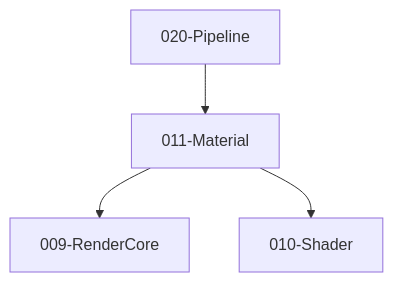
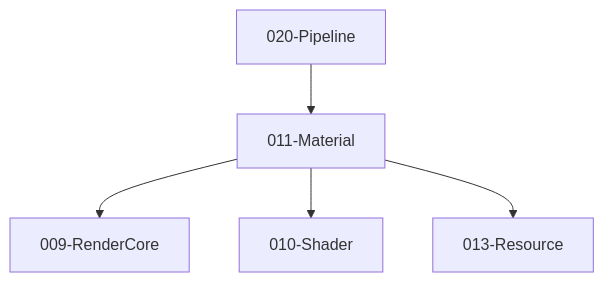
The second of 2 diagrams in docs/module-specs/011-material.md (liangz0707/TenEngine), drawn with Mermaid before and after one commit. The commit also changed other lines of this file and 59 other files, not shown here.

````diff
--- a/docs/module-specs/011-material.md
+++ b/docs/module-specs/011-material.md
@@ -67,10 +67,12 @@
 ```mermaid
 flowchart TB
   RC[009-RenderCore]
   Shader[010-Shader]
+  Res[013-Resource]
   Mt[011-Material]
   Pi[020-Pipeline]
   Mt --> RC
   Mt --> Shader
+  Mt --> Res
   Pi --> Mt
 ```
````
